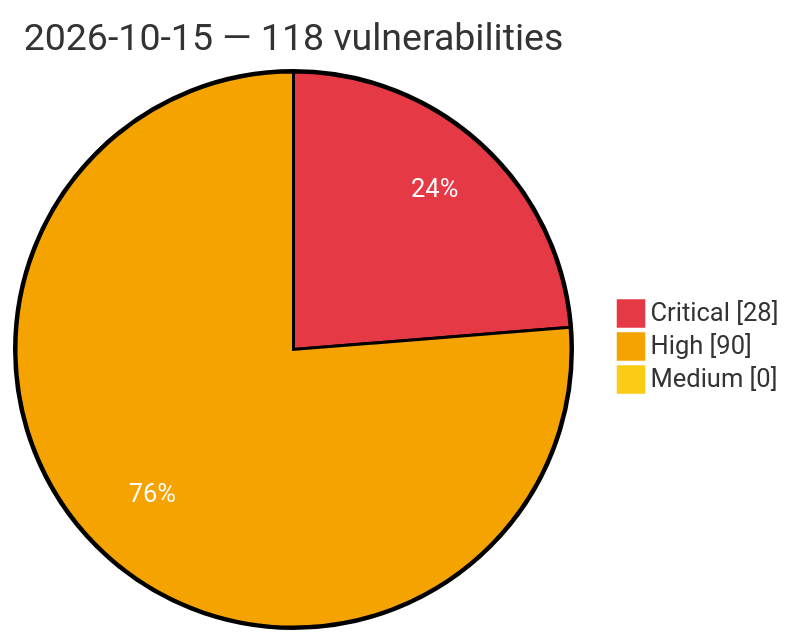
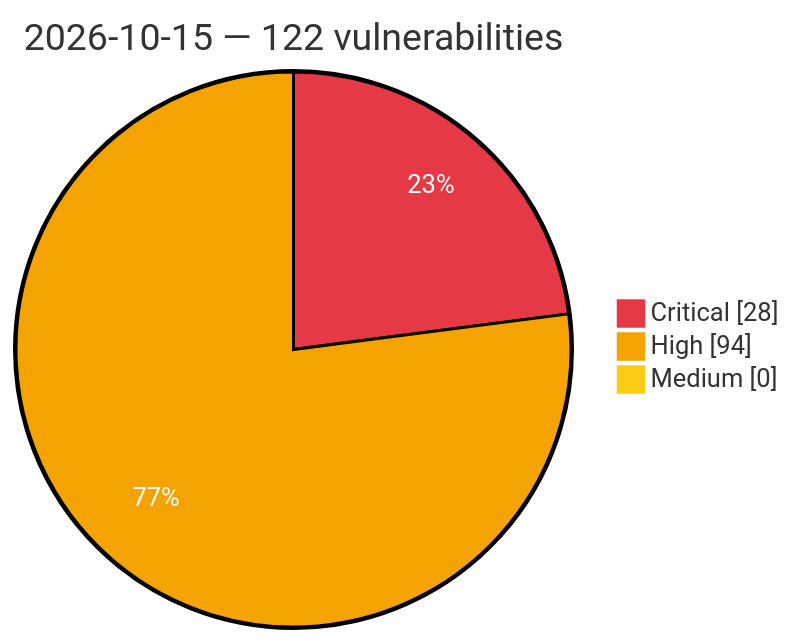
One commit to GhostX0X/vuln-tracker changed the diagram in vulnerabilities/2026/October/2026-10-15.md. Above: the diagram before and after it, drawn with Mermaid. The commit also changed other lines of this file and 8 other files, not shown here.

````diff
--- a/vulnerabilities/2026/October/2026-10-15.md
+++ b/vulnerabilities/2026/October/2026-10-15.md
@@ -3,8 +3,8 @@
 ```mermaid
 %%{init: {'theme':'base', 'themeVariables': {'pie1':'#e63946', 'pie2':'#f4a300', 'pie3':'#facc15', 'pieOpacity':'1', 'pieOuterStrokeWidth':'2px', 'pieSectionTextColor':'#ffffff'}}}%%
 pie showData
-    title 2026-10-15 — 118 vulnerabilities
+    title 2026-10-15 — 122 vulnerabilities
     "Critical" : 28
-    "High" : 90
+    "High" : 94
     "Medium" : 0
 ```
````
